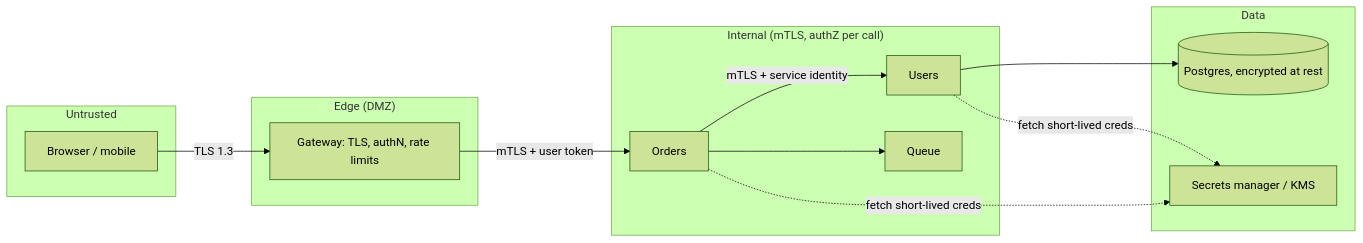
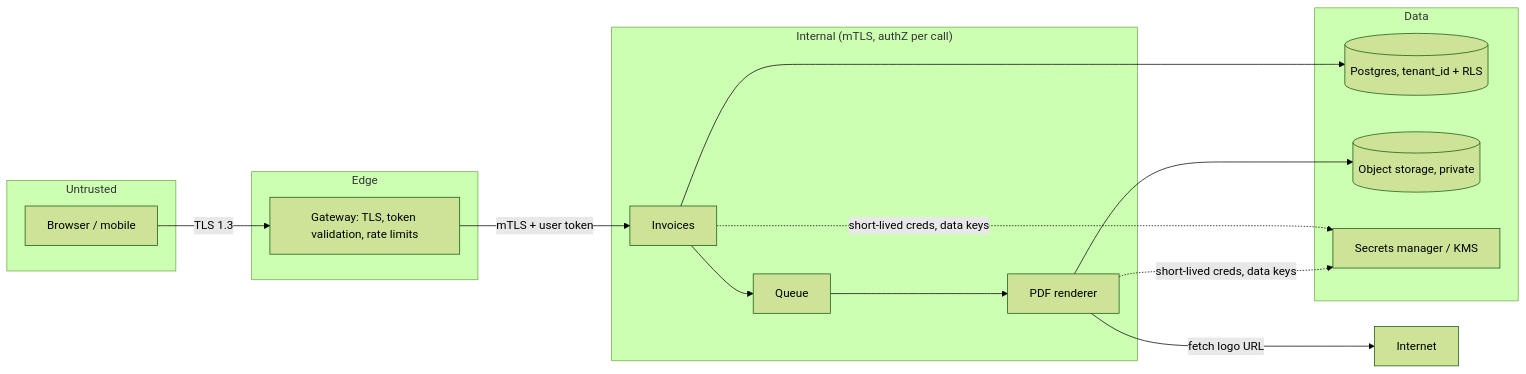
Before and after one commit to thull32/ascend: the diagram in content/tracks/09-system-design/01-building-blocks/15-security-in-design.md, drawn with Mermaid (forest theme). The commit also changed other lines of this file and 12 other files, not shown here.

````diff
--- a/content/tracks/09-system-design/01-building-blocks/15-security-in-design.md
+++ b/content/tracks/09-system-design/01-building-blocks/15-security-in-design.md
@@ -17,24 +17,26 @@
 ```mermaid
 flowchart LR
     subgraph Internet["Untrusted"]
         U["Browser / mobile"]
     end
-    subgraph Edge["Edge (DMZ)"]
-        G["Gateway: TLS, authN, rate limits"]
+    subgraph Edge["Edge"]
+        G["Gateway: TLS, token validation, rate limits"]
     end
     subgraph Internal["Internal (mTLS, authZ per call)"]
-        S1["Orders"]
-        S2["Users"]
+        S1["Invoices"]
         Q["Queue"]
+        R["PDF renderer"]
     end
     subgraph Data["Data"]
-        DB[("Postgres, encrypted at rest")]
+        DB[("Postgres, tenant_id + RLS")]
+        OB[("Object storage, private")]
         V["Secrets manager / KMS"]
     end
     U -->|"TLS 1.3"| G
     G -->|"mTLS + user token"| S1
-    S1 -->|"mTLS + service identity"| S2
-    S1 --> Q
-    S2 --> DB
-    S1 & S2 -.->|"fetch short-lived creds"| V
+    S1 --> DB
+    S1 --> Q --> R
+    R -->|"fetch logo URL"| X["Internet"]
+    R --> OB
+    S1 & R -.->|"short-lived creds, data keys"| V
 ```
````
